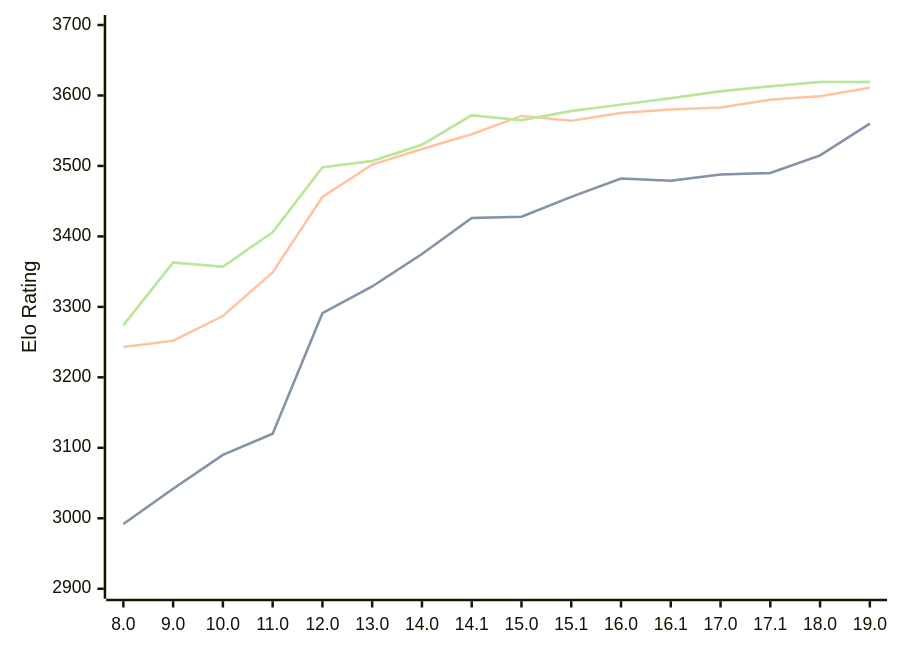
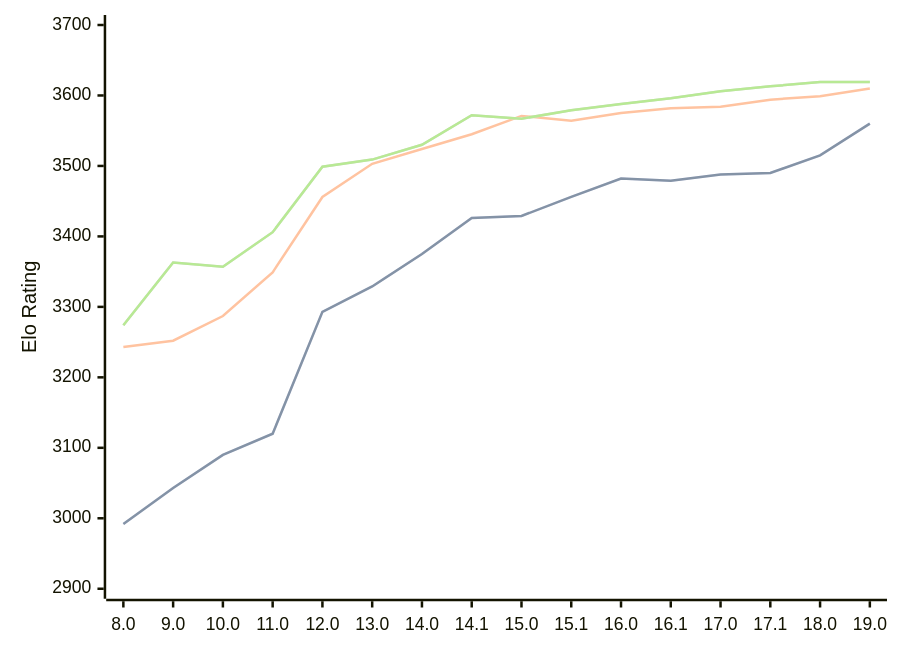
One commit to computer-chess-index/cci changed the diagram in engines/Stockfish.md. Above: the diagram before and after it, drawn with Mermaid. The commit also changed other lines of this file, not shown here.

Commit message:
Update CCI Ratings (ELO VLTC) - 2026-09-18

````diff
--- a/engines/Stockfish.md
+++ b/engines/Stockfish.md
@@ -46,11 +46,11 @@
 ```mermaid
 %%{init: {"theme":"base","themeVariables":{"seriesColors:['#a3a3a3','#222221','#faa371']}}}%%
 xychart-beta
   x-axis ["8.0", "9.0", "10.0", "11.0", "12.0", "13.0", "14.0", "14.1", "15.0", "15.1", "16.0", "16.1", "17.0", "17.1", "18.0", "19.0"]
   y-axis "Elo Rating" 2900 --> 3700
-  line "" [2992, 3042, 3090, 3120, 3291, 3329, 3375, 3426, 3428, 3456, 3482, 3479, 3488, 3490, 3515, 3560]
-  line "STC (8.0+0.08s)" [2992, 3042, 3090, 3120, 3291, 3329, 3375, 3426, 3428, 3456, 3482, 3479, 3488, 3490, 3515, 3560]
-  line "LTC (60.0+0.60s)" [3243, 3252, 3287, 3349, 3456, 3502, 3524, 3545, 3571, 3564, 3575, 3580, 3583, 3594, 3599, 3611]
-  line "" [3274, 3363, 3357, 3406, 3498, 3507, 3530, 3572, 3565, 3578, 3587, 3596, 3606, 3613, 3619, 3619]
-  line "VLTC (2m24s+1.12s)" [3274, 3363, 3357, 3406, 3498, 3507, 3530, 3572, 3565, 3578, 3587, 3596, 3606, 3613, 3619, 3619]
+  line "" [2992, 3043, 3090, 3120, 3293, 3329, 3375, 3426, 3429, 3456, 3482, 3479, 3488, 3490, 3515, 3560]
+  line "STC (8.0+0.08s)" [2992, 3043, 3090, 3120, 3293, 3329, 3375, 3426, 3429, 3456, 3482, 3479, 3488, 3490, 3515, 3560]
+  line "LTC (60.0+0.60s)" [3243, 3252, 3287, 3349, 3456, 3503, 3524, 3545, 3571, 3564, 3575, 3582, 3584, 3594, 3599, 3610]
+  line "" [3274, 3363, 3357, 3406, 3499, 3509, 3530, 3572, 3567, 3579, 3588, 3596, 3606, 3613, 3619, 3619]
+  line "VLTC (2m24s+1.12s)" [3274, 3363, 3357, 3406, 3499, 3509, 3530, 3572, 3567, 3579, 3588, 3596, 3606, 3613, 3619, 3619]
 ```
````
